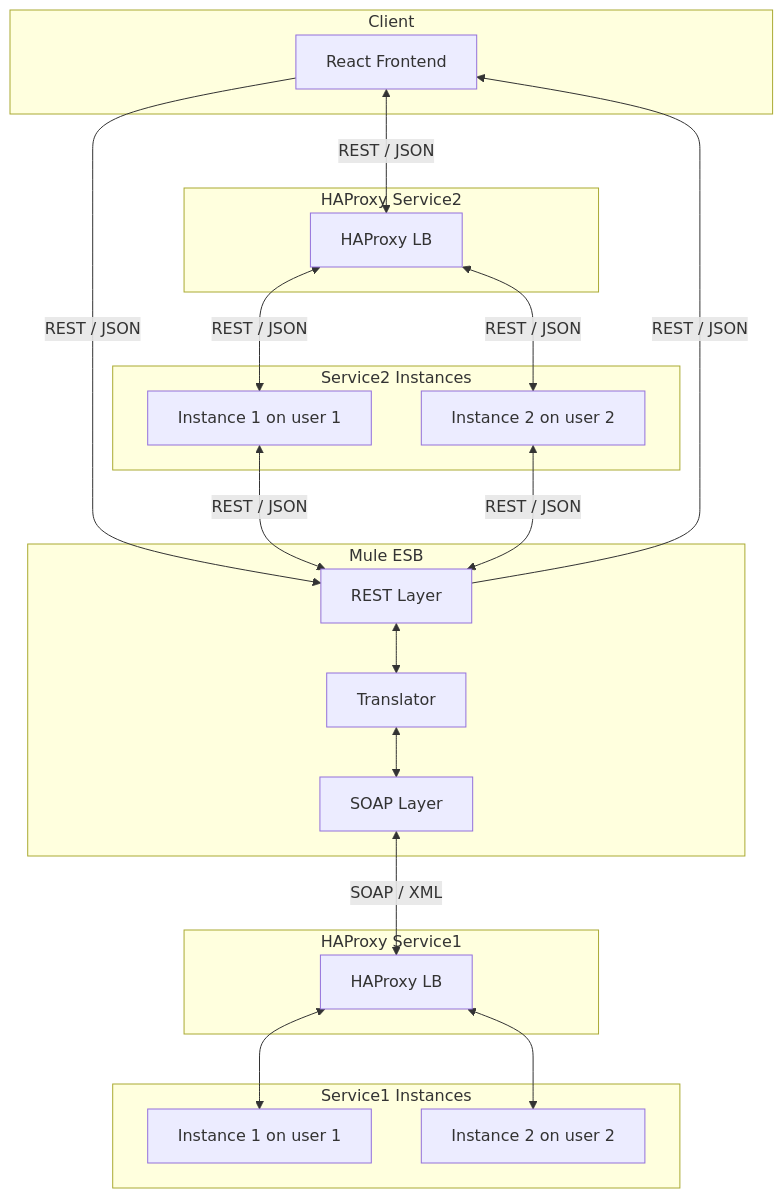
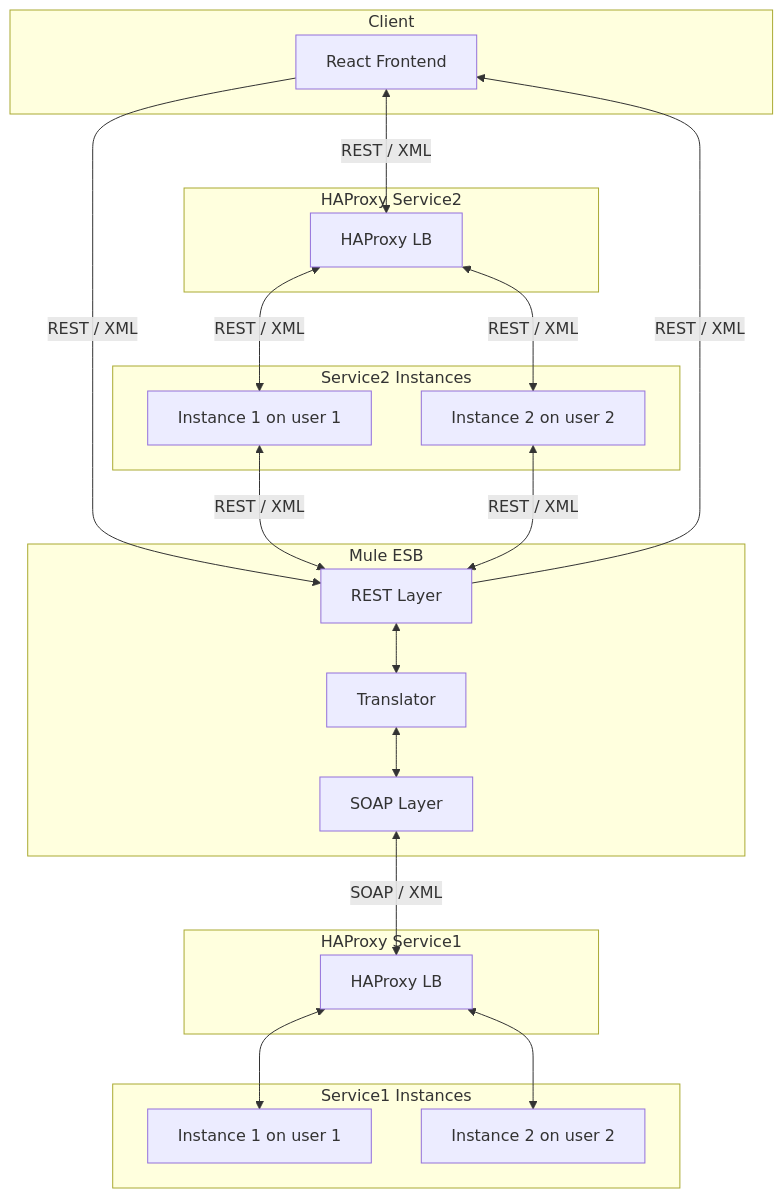
One commit to Tolia-GH/ITMO-Labs changed the second of 2 diagrams in SOA/Lab4-Note.md. Above: the diagram before and after it, drawn with Mermaid. The commit also changed other lines of this file and 14 other files, not shown here.

````diff
--- a/SOA/Lab4-Note.md
+++ b/SOA/Lab4-Note.md
@@ -40,35 +40,35 @@
 ```mermaid
 flowchart TB
  subgraph Client["Client"]
         A["React Frontend"]
   end
  subgraph HAProxy2["HAProxy Service2"]
         A1["HAProxy LB"]
   end
  subgraph Service2["Service2 Instances"]
         B1["Instance 1 on user 1"]
         B2["Instance 2 on user 2"]
   end
  subgraph Mule["Mule ESB"]
         C1["REST Layer"]
         C2["Translator"]
         C3["SOAP Layer"]
   end
  subgraph HAProxy1["HAProxy Service1"]
         D1["HAProxy LB"]
   end
  subgraph Service1["Service1 Instances"]
         F1["Instance 1 on user 1"]
         F2["Instance 2 on user 2"]
   end
-    A -- REST / JSON --> C1
-    A <-- REST / JSON --> A1
-    A1 <-- REST / JSON --> B1 & B2
-    B1 <-- REST / JSON --> C1
-    B2 <-- REST / JSON --> C1
+    A -- REST / XML --> C1
+    A <-- REST / XML --> A1
+    A1 <-- REST / XML --> B1 & B2
+    B1 <-- REST / XML --> C1
+    B2 <-- REST / XML --> C1
     C1 <--> C2
-    C1 -- REST / JSON --> A
+    C1 -- REST / XML --> A
     C2 <--> C3
     C3 <-- SOAP / XML --> D1
     D1 <--> F1 & F2
 ```
````
